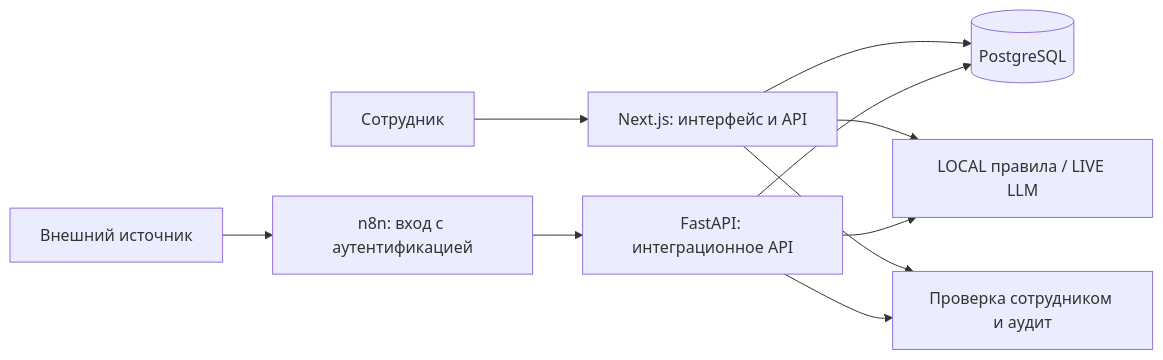
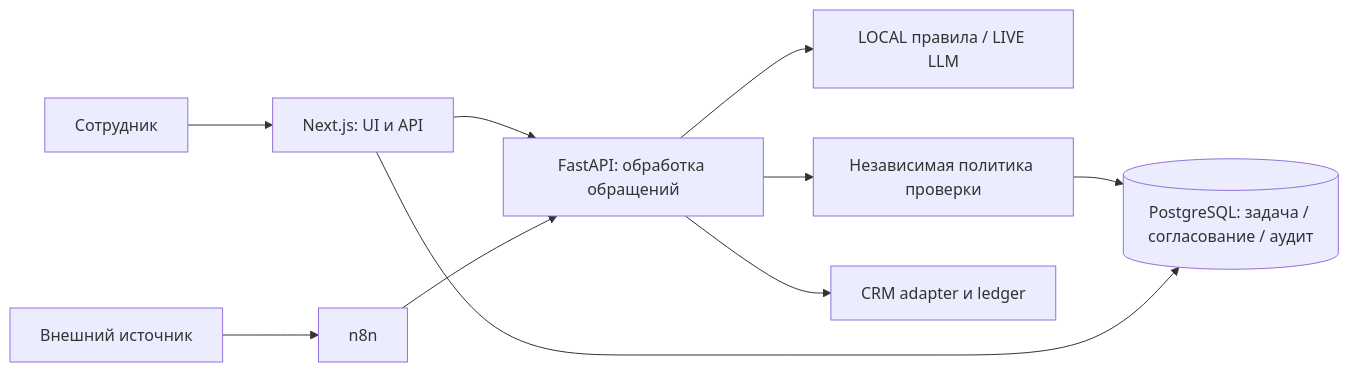
Before and after one commit to zatercivil-stack/opspilot-ai-platform: the diagram in docs/ARCHITECTURE.md, drawn with Mermaid. The commit also changed other lines of this file and 24 other files, not shown here.

````diff
--- a/docs/ARCHITECTURE.md
+++ b/docs/ARCHITECTURE.md
@@ -3,12 +3,12 @@
 ```mermaid
 flowchart LR
-  Person[Сотрудник] --> Web[Next.js: интерфейс и API]
-  Source[Внешний источник] --> N8N[n8n: вход с аутентификацией]
-  N8N --> Python[FastAPI: интеграционное API]
-  Web --> Data[(PostgreSQL)]
-  Python --> Data
-  Web --> AI[LOCAL правила / LIVE LLM]
-  Python --> AI
-  Web --> Approval[Проверка сотрудником и аудит]
-  Python --> Approval
+  Person[Сотрудник] --> Web[Next.js: UI и API]
+  Source[Внешний источник] --> N8N[n8n]
+  Web --> Requests[FastAPI: обработка обращений]
+  N8N --> Requests
+  Requests --> AI[LOCAL правила / LIVE LLM]
+  Requests --> Policy[Независимая политика проверки]
+  Policy --> Data[(PostgreSQL: задача / согласование / аудит)]
+  Web --> Data
+  Requests --> CRM[CRM adapter и ledger]
 ```
````
